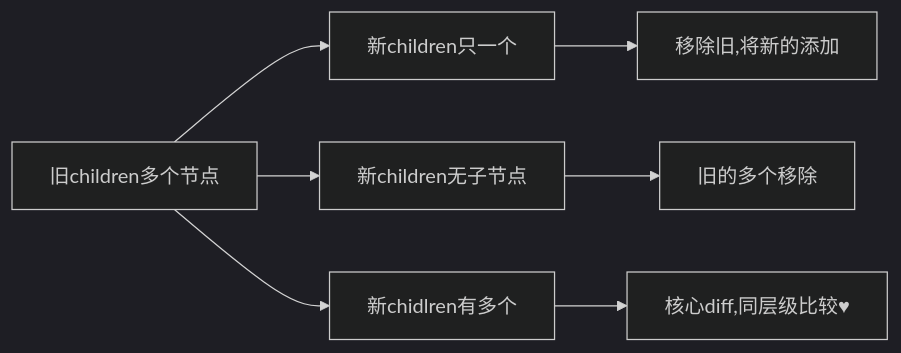
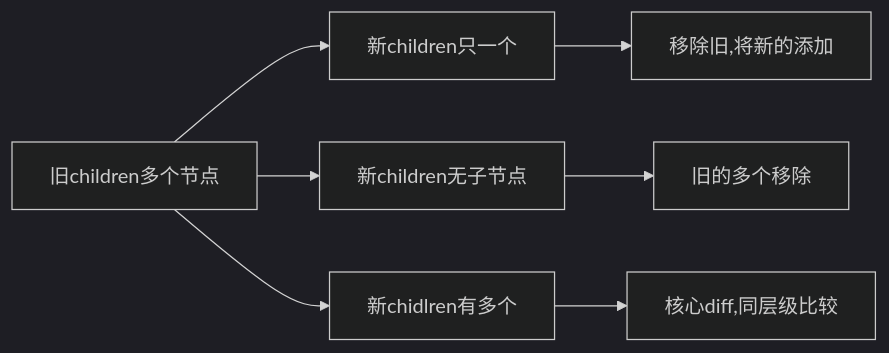
The seventh of 7 diagrams in src/vue/index.md (DENNIE-HONG/note), drawn with Mermaid (dark theme) before and after one commit. The commit also changed other lines of this file, not shown here.

````diff
--- a/src/vue/index.md
+++ b/src/vue/index.md
@@ -1036,6 +1036,6 @@
 ```mermaid
 flowchart LR
     oldM[旧children多个节点] --> 新children只一个-->移除旧,将新的添加
     oldM-->新children无子节点--> 旧的多个移除
-    oldM-->新chidlren有多个--> A[核心diff,同层级比较#9829;]
+    oldM-->新chidlren有多个--> A[核心diff,同层级比较]
 ```
````
